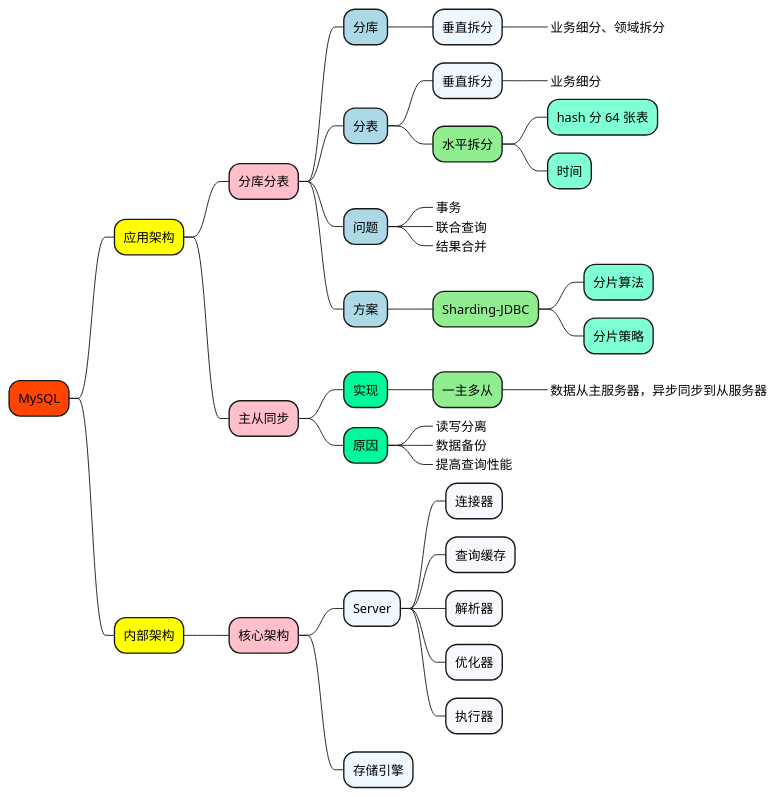
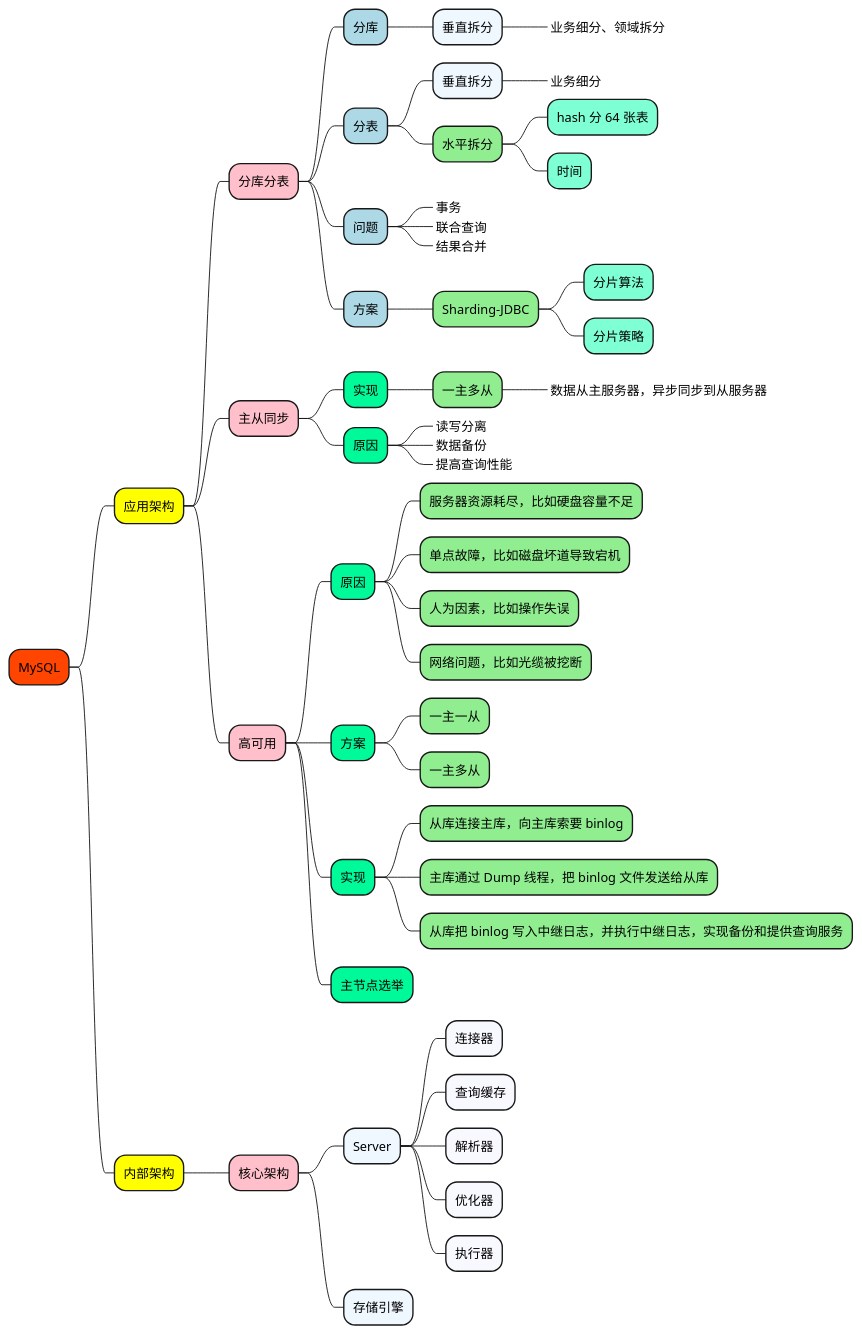
The diagram in 1_map/4-database/MySQL-架构.puml (doveg/self-cultivation-of-a-software-engineer), drawn with PlantUML before and after one commit. The commit also changed 11 other files, not shown here.

```diff
--- a/1_map/4-database/MySQL-架构.puml
+++ b/1_map/4-database/MySQL-架构.puml
@@ -1,52 +1,77 @@
 @startmindmap
 
 +[#OrangeRed] MySQL
 
 ++[#yellow] 应用架构
 
 +++[#Pink] 分库分表
+
 ++++[#LightBlue] 分库
 +++++[#AliceBlue] 垂直拆分
 ++++++[#Aquamarine]_ 业务细分、领域拆分
 
 ++++[#LightBlue] 分表
 +++++[#AliceBlue] 垂直拆分
 ++++++[#Aquamarine]_ 业务细分
 
 +++++[#LightGreen] 水平拆分
 ++++++[#Aquamarine] hash 分 64 张表
 ++++++[#Aquamarine] 时间
 
 ++++[#LightBlue] 问题
 +++++[#AliceBlue]_ 事务
 +++++[#AliceBlue]_ 联合查询
 +++++[#AliceBlue]_ 结果合并
 
 ++++[#LightBlue] 方案
 +++++[#LightGreen] Sharding-JDBC
 ++++++[#Aquamarine] 分片算法
 ++++++[#Aquamarine] 分片策略
 
 +++[#Pink] 主从同步
+
 ++++[#MediumSpringGreen] 实现
 +++++[#LightGreen] 一主多从
 ++++++[#LightGreen]_ 数据从主服务器，异步同步到从服务器
 ++++[#MediumSpringGreen] 原因
 +++++[#GhostWhite]_ 读写分离
 +++++[#GhostWhite]_ 数据备份
 +++++[#GhostWhite]_ 提高查询性能
+
++++[#Pink] 高可用
+
+++++[#MediumSpringGreen] 原因
++++++[#LightGreen] 服务器资源耗尽，比如硬盘容量不足
++++++[#LightGreen] 单点故障，比如磁盘坏道导致宕机
++++++[#LightGreen] 人为因素，比如操作失误
++++++[#LightGreen] 网络问题，比如光缆被挖断
+
+++++[#MediumSpringGreen] 方案
++++++[#LightGreen] 一主一从
++++++[#LightGreen] 一主多从
+
+++++[#MediumSpringGreen] 实现
++++++[#LightGreen] 从库连接主库，向主库索要 binlog
++++++[#LightGreen] 主库通过 Dump 线程，把 binlog 文件发送给从库
++++++[#LightGreen] 从库把 binlog 写入中继日志，并执行中继日志，实现备份和提供查询服务
+
+++++[#MediumSpringGreen] 主节点选举
+
 
 
 ++[#yellow] 内部架构
 
 +++[#Pink] 核心架构
 ++++[#AliceBlue] Server
 +++++[#GhostWhite] 连接器
 +++++[#GhostWhite] 查询缓存
 +++++[#GhostWhite] 解析器
 +++++[#GhostWhite] 优化器
 +++++[#GhostWhite] 执行器
 ++++[#AliceBlue] 存储引擎
 
 
+
+
+
 @endmindmap
```
